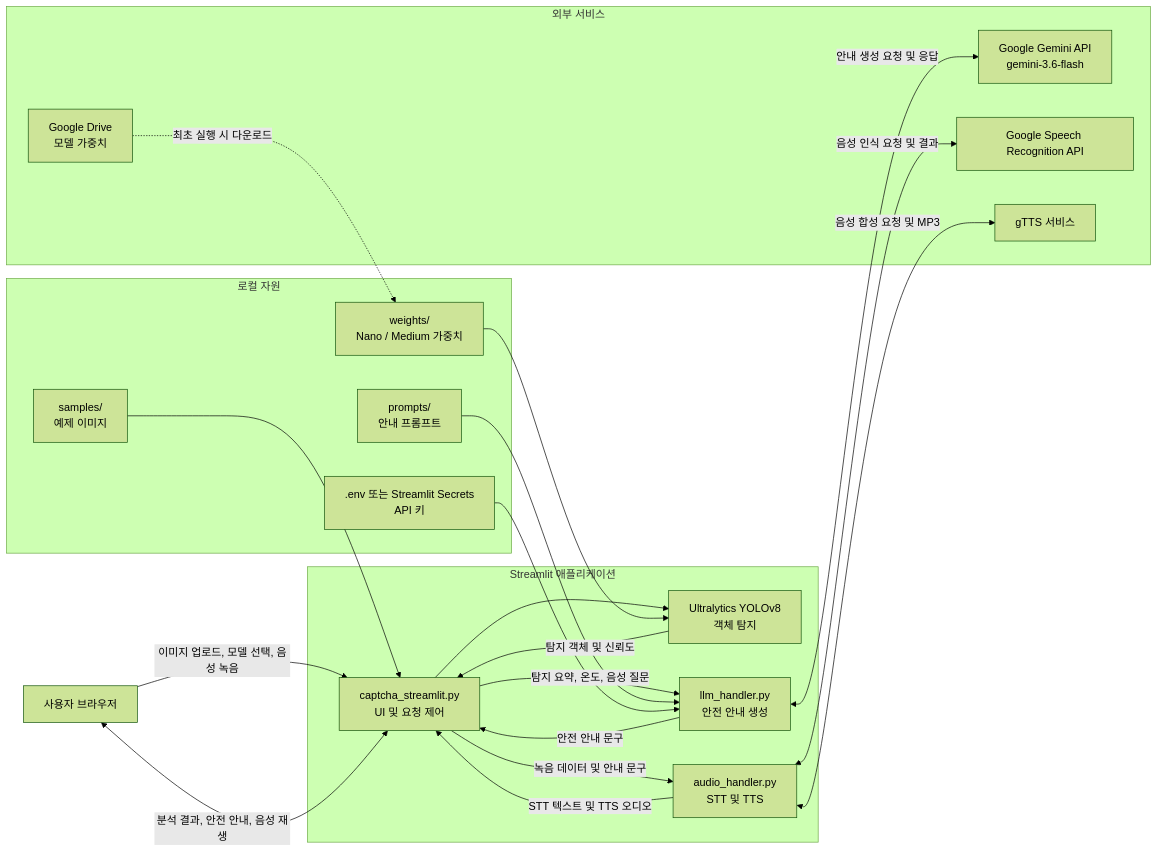
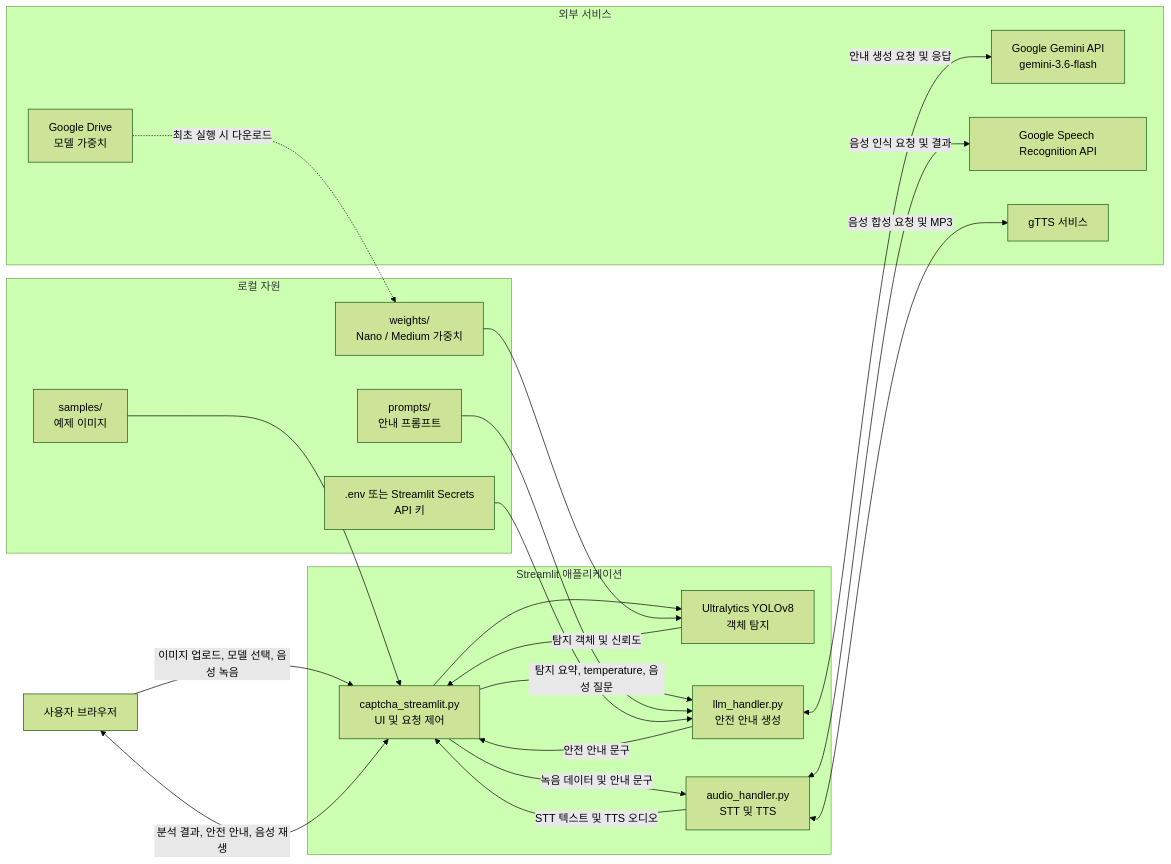
One commit to SungJin-Park530/DLPRJ changed the diagram in README.md. Above: the diagram before and after it, drawn with Mermaid (forest theme). The commit also changed other lines of this file and 1 other file, not shown here.

````diff
--- a/README.md
+++ b/README.md
@@ -84,42 +102,42 @@
 ```mermaid
 flowchart LR
     User[사용자 브라우저]
 
     subgraph App[Streamlit 애플리케이션]
         UI[captcha_streamlit.py<br/>UI 및 요청 제어]
         YOLO[Ultralytics YOLOv8<br/>객체 탐지]
         LLM[llm_handler.py<br/>안전 안내 생성]
         Audio[audio_handler.py<br/>STT 및 TTS]
     end
 
     subgraph Local[로컬 자원]
         Samples[samples/<br/>예제 이미지]
         Weights[weights/<br/>Nano / Medium 가중치]
         Prompts[prompts/<br/>안내 프롬프트]
         Secrets[.env 또는 Streamlit Secrets<br/>API 키]
     end
 
     subgraph External[외부 서비스]
         Drive[Google Drive<br/>모델 가중치]
         Gemini[Google Gemini API<br/>gemini-3.6-flash]
         STT[Google Speech Recognition API]
         TTS[gTTS 서비스]
     end
 
     User -->|이미지 업로드, 모델 선택, 음성 녹음| UI
     UI <-->|분석 결과, 안전 안내, 음성 재생| User
     Samples --> UI
     UI --> YOLO
     Weights --> YOLO
     Drive -. 최초 실행 시 다운로드 .-> Weights
     YOLO -->|탐지 객체 및 신뢰도| UI
-    UI -->|탐지 요약, 온도, 음성 질문| LLM
+    UI -->|탐지 요약, temperature, 음성 질문| LLM
     Prompts --> LLM
     Secrets --> LLM
     LLM <-->|안내 생성 요청 및 응답| Gemini
     LLM -->|안전 안내 문구| UI
     UI -->|녹음 데이터 및 안내 문구| Audio
     Audio <-->|음성 인식 요청 및 결과| STT
     Audio <-->|음성 합성 요청 및 MP3| TTS
     Audio -->|STT 텍스트 및 TTS 오디오| UI
 ```
````
